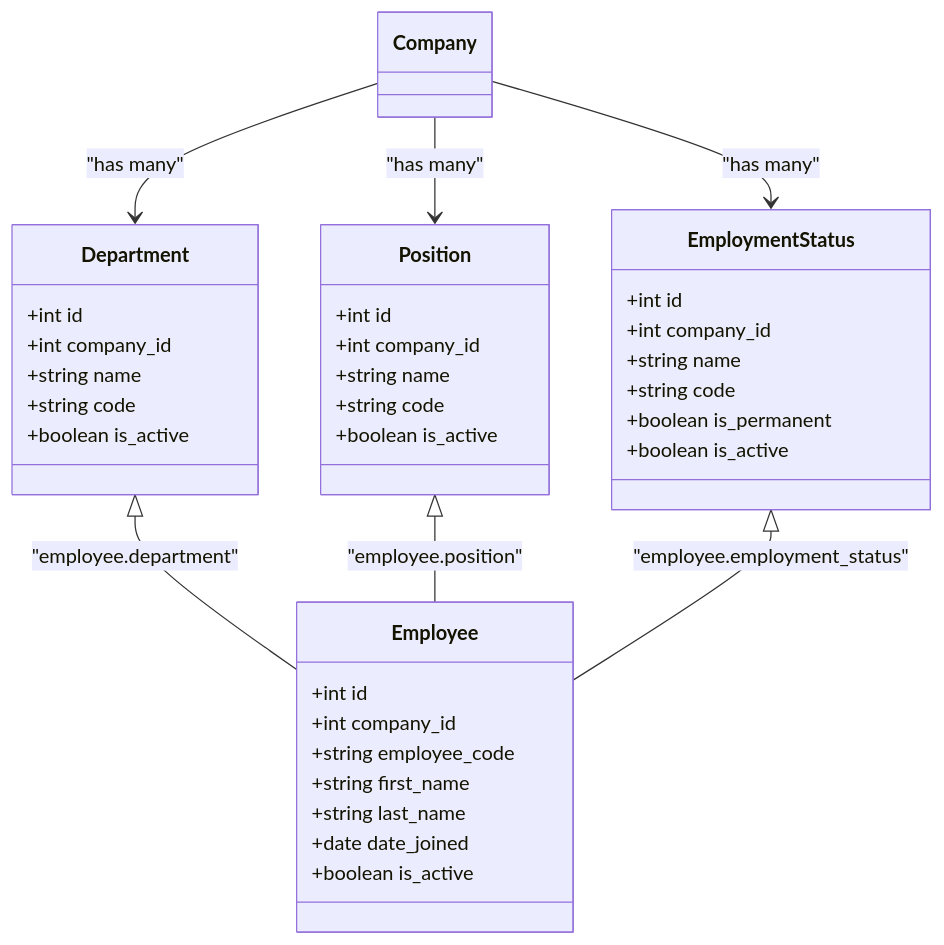
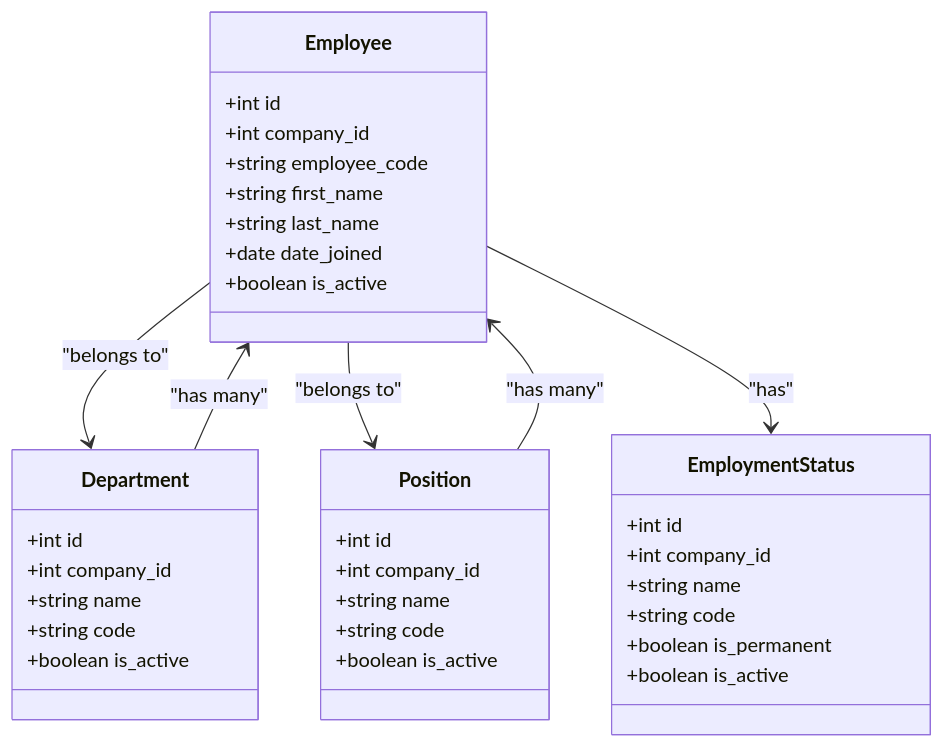
One commit to bikinaplikasipakeqoder-dot/payroll-hris changed the fourth of 8 diagrams in .qoder/repowiki/en/content/API Reference.md. Above: the diagram before and after it, drawn with Mermaid. The commit also changed other lines of this file and 22 other files, not shown here.

````diff
--- a/.qoder/repowiki/en/content/API Reference.md
+++ b/.qoder/repowiki/en/content/API Reference.md
@@ -211,40 +215,39 @@
 ```mermaid
 classDiagram
+class Employee {
++int id
++int company_id
++string employee_code
++string first_name
++string last_name
++date date_joined
++boolean is_active
+}
 class Department {
 +int id
 +int company_id
 +string name
 +string code
 +boolean is_active
 }
 class Position {
 +int id
 +int company_id
 +string name
 +string code
 +boolean is_active
 }
 class EmploymentStatus {
 +int id
 +int company_id
 +string name
 +string code
 +boolean is_permanent
 +boolean is_active
 }
-class Employee {
-+int id
-+int company_id
-+string employee_code
-+string first_name
-+string last_name
-+date date_joined
-+boolean is_active
-}
-Department <|-- Employee : "employee.department"
-Position <|-- Employee : "employee.position"
-EmploymentStatus <|-- Employee : "employee.employment_status"
-Company --> Department : "has many"
-Company --> Position : "has many"
-Company --> EmploymentStatus : "has many"
+Employee --> Department : "belongs to"
+Employee --> Position : "belongs to"
+Employee --> EmploymentStatus : "has"
+Department --> Employee : "has many"
+Position --> Employee : "has many"
 ```
````
